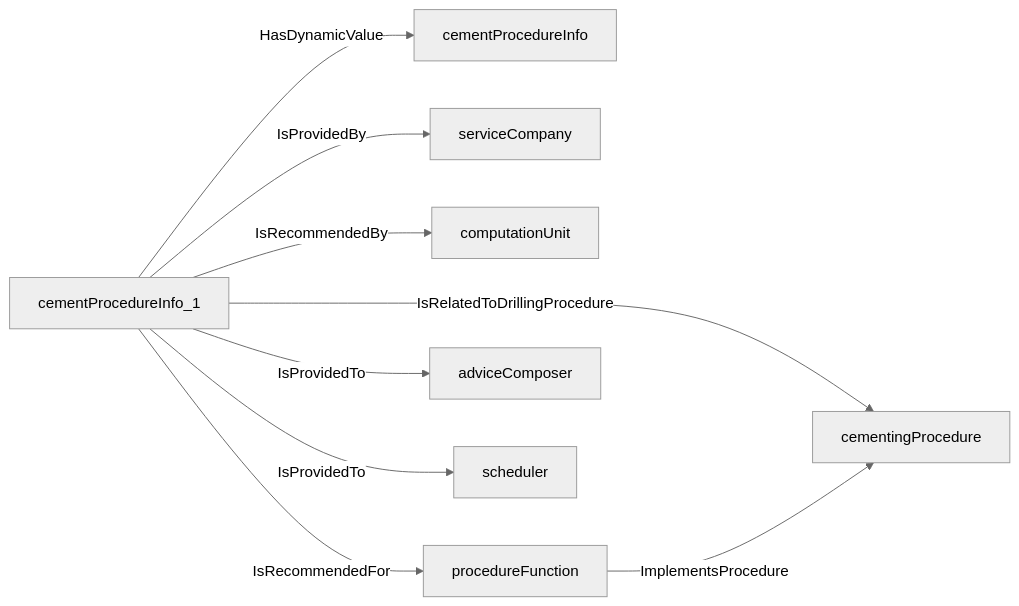
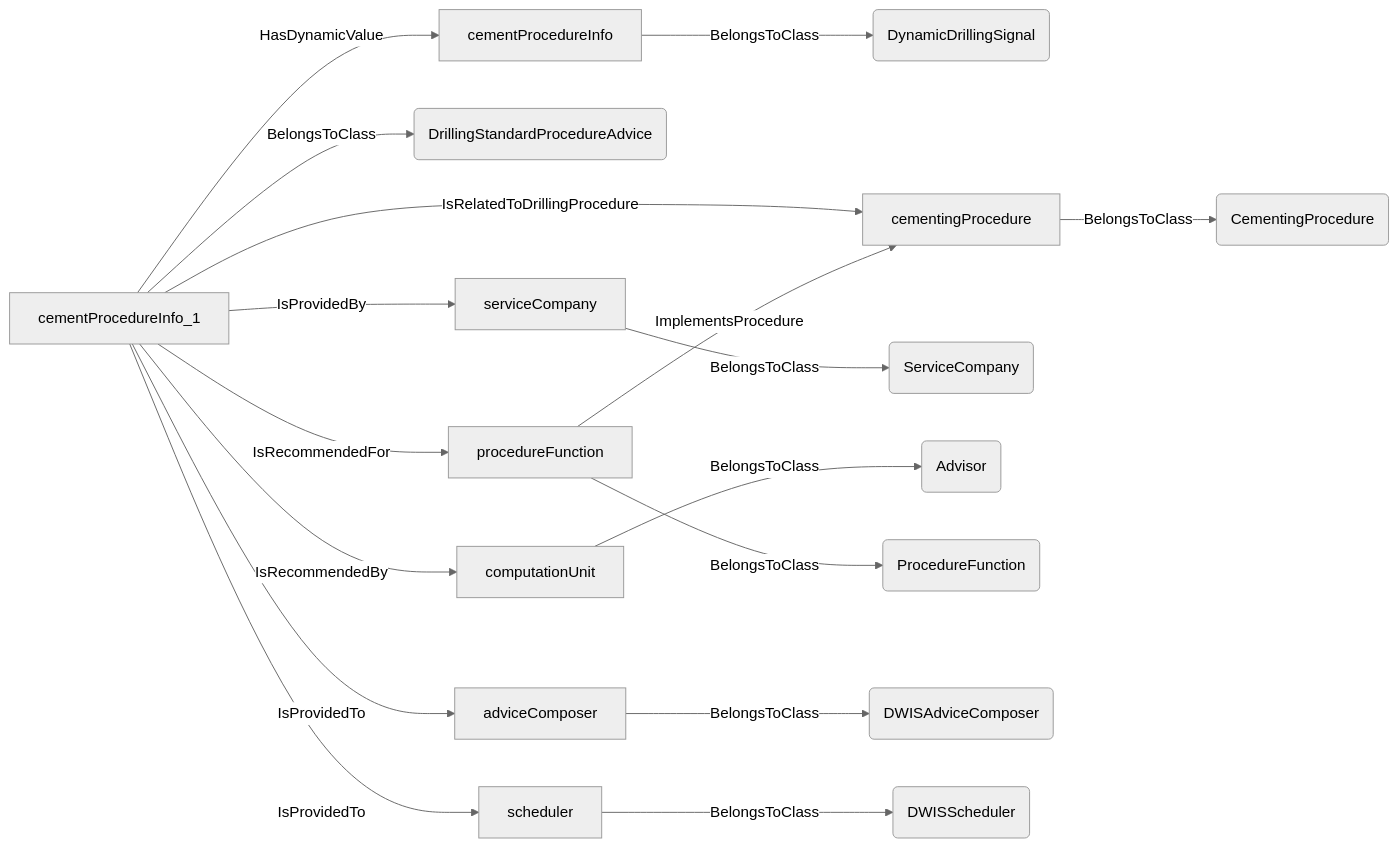
Before and after one commit to D-WIS/DDHub-Semantic-Interoperability: diagram 13 of 19 in docs/vocabulary_development/auto-generated/md/definition-files/DrillingProcedure.md, drawn with Mermaid (neutral theme). The commit also changed other lines of this file and 14 other files, not shown here.

````diff
--- a/docs/vocabulary_development/auto-generated/md/definition-files/DrillingProcedure.md
+++ b/docs/vocabulary_development/auto-generated/md/definition-files/DrillingProcedure.md
@@ -663,11 +839,19 @@
 ```mermaid
 graph LR
-	N0000[cementProcedureInfo_1] -->|HasDynamicValue| N0001[cementProcedureInfo] 
-	N0000[cementProcedureInfo_1] -->|IsRelatedToDrillingProcedure| N0002[cementingProcedure] 
-	N0000[cementProcedureInfo_1] -->|IsProvidedBy| N0003[serviceCompany] 
-	N0000[cementProcedureInfo_1] -->|IsRecommendedBy| N0004[computationUnit] 
-	N0005[procedureFunction] -->|ImplementsProcedure| N0002[cementingProcedure] 
-	N0000[cementProcedureInfo_1] -->|IsRecommendedFor| N0005[procedureFunction] 
-	N0000[cementProcedureInfo_1] -->|IsProvidedTo| N0006[adviceComposer] 
-	N0000[cementProcedureInfo_1] -->|IsProvidedTo| N0007[scheduler] 
+	N0000[cementProcedureInfo] -->|BelongsToClass| N0001(DynamicDrillingSignal) 
+	N0002[cementProcedureInfo_1] -->|BelongsToClass| N0003(DrillingStandardProcedureAdvice) 
+	N0002[cementProcedureInfo_1] -->|HasDynamicValue| N0000[cementProcedureInfo] 
+	N0004[cementingProcedure] -->|BelongsToClass| N0005(CementingProcedure) 
+	N0002[cementProcedureInfo_1] -->|IsRelatedToDrillingProcedure| N0004[cementingProcedure] 
+	N0006[serviceCompany] -->|BelongsToClass| N0007(ServiceCompany) 
+	N0002[cementProcedureInfo_1] -->|IsProvidedBy| N0006[serviceCompany] 
+	N0008[computationUnit] -->|BelongsToClass| N0009(Advisor) 
+	N0002[cementProcedureInfo_1] -->|IsRecommendedBy| N0008[computationUnit] 
+	N0010[procedureFunction] -->|BelongsToClass| N0011(ProcedureFunction) 
+	N0010[procedureFunction] -->|ImplementsProcedure| N0004[cementingProcedure] 
+	N0002[cementProcedureInfo_1] -->|IsRecommendedFor| N0010[procedureFunction] 
+	N0012[adviceComposer] -->|BelongsToClass| N0013(DWISAdviceComposer) 
+	N0002[cementProcedureInfo_1] -->|IsProvidedTo| N0012[adviceComposer] 
+	N0014[scheduler] -->|BelongsToClass| N0015(DWISScheduler) 
+	N0002[cementProcedureInfo_1] -->|IsProvidedTo| N0014[scheduler] 
 ```
````
